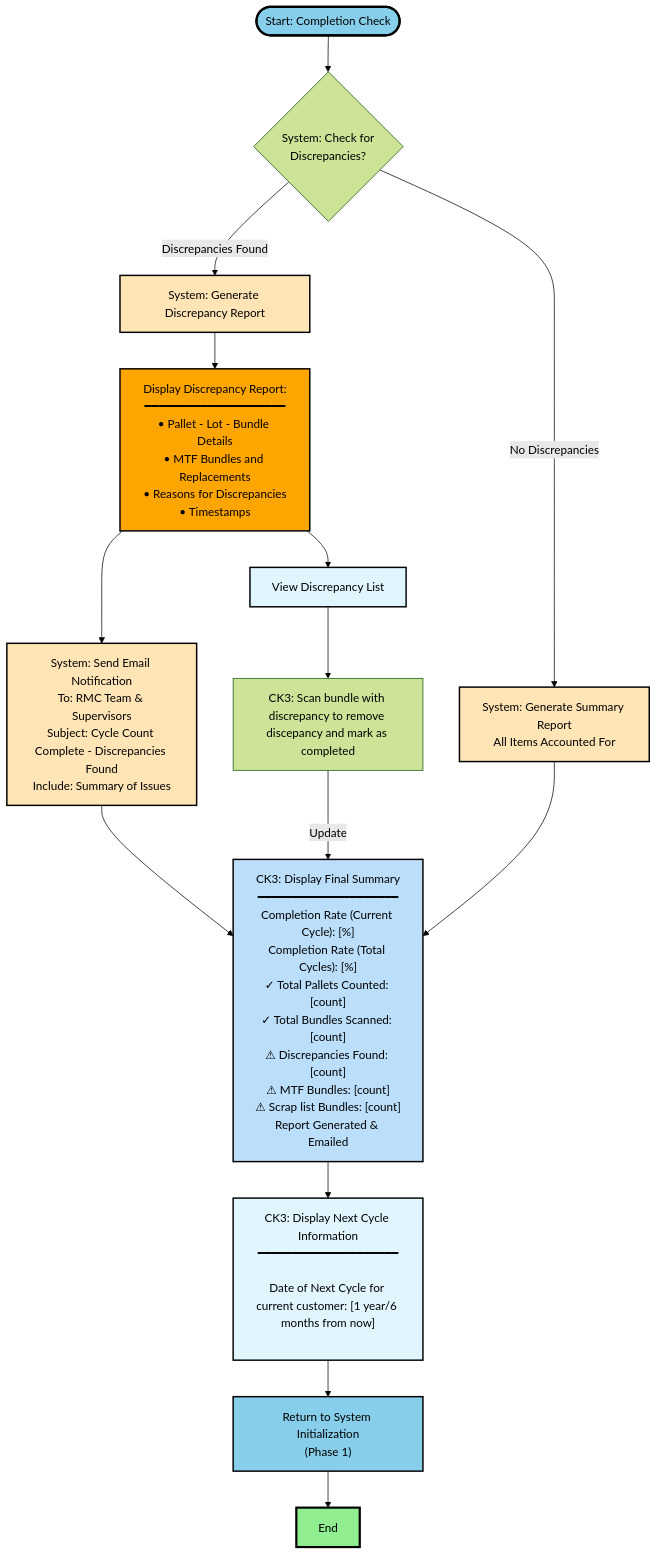
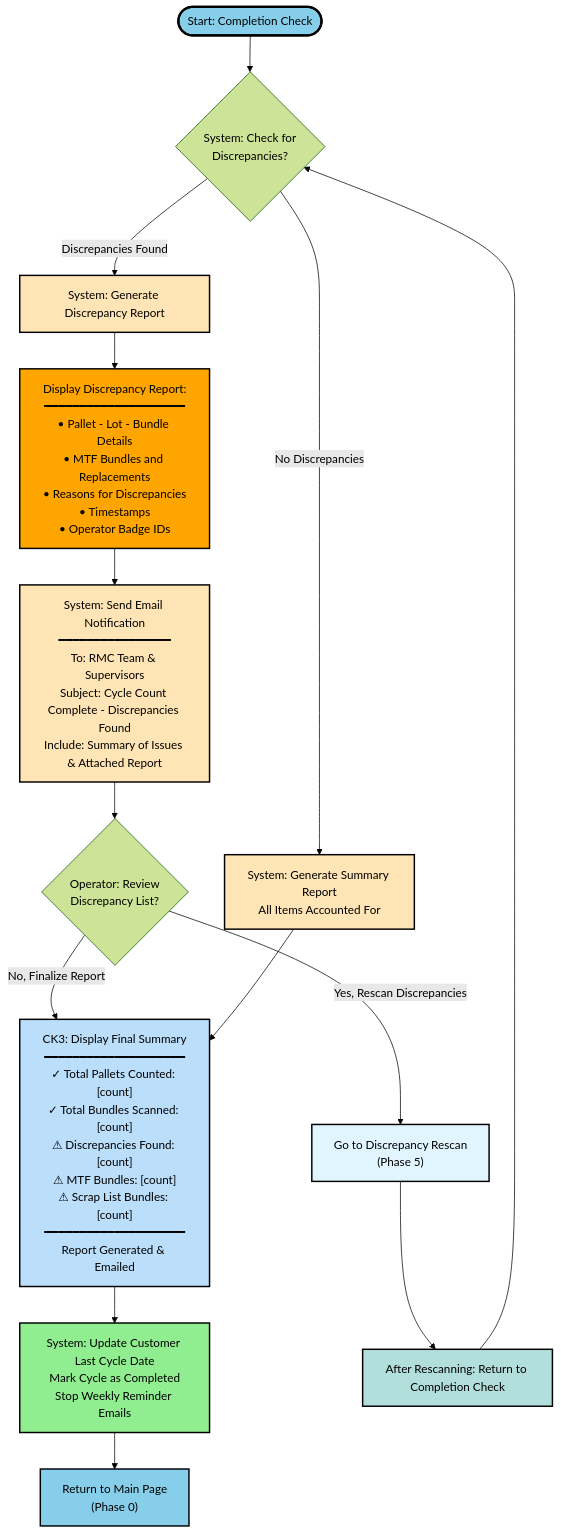
One commit to kohjs/RMC-Cycle-Count changed the seventh of 8 diagrams in workflow.md. Above: the diagram before and after it, drawn with Mermaid (forest theme). The commit also changed other lines of this file, not shown here.

````diff
--- a/workflow.md
+++ b/workflow.md
@@ -164,31 +254,30 @@
 ```mermaid
 flowchart TD
     Start(["Start: Completion Check"]) --> DC1{"System: Check for<br>Discrepancies?"}
-    DC1 -- Discrepancies Found --> DC2["System: Generate Discrepancy Report"]
-    DC2 --> DC3["Display Discrepancy Report:<br>━━━━━━━━━━━━━━━━━━━━<br>• Pallet - Lot - Bundle Details<br>• MTF Bundles and Replacements<br>• Reasons for Discrepancies<br>• Timestamps"]
-    DC3 --> DC4["System: Send Email Notification<br>To: RMC Team &amp; Supervisors<br>Subject: Cycle Count Complete - Discrepancies Found<br>Include: Summary of Issues"] & n1["View Discrepancy List"]
-    DC4 --> DC5["CK3: Display Final Summary<br>━━━━━━━━━━━━━━━━━━━━<br>Completion Rate (Current Cycle): [%]<br>Completion Rate (Total Cycles): [%]<br>✓ Total Pallets Counted: [count]<br>✓ Total Bundles Scanned: [count]<br>⚠ Discrepancies Found: [count]<br>⚠ MTF Bundles: [count]<br>⚠ Scrap list Bundles: [count]<br>Report Generated &amp; Emailed"]
-    DC1 -- No Discrepancies --> ND1["System: Generate Summary Report<br>All Items Accounted For"]
-    NEXT2["CK3: Display Next Cycle Information<br>━━━━━━━━━━━━━━━━━━━━<br><br>Date of Next Cycle for current customer: [1 year/6 months from now]<br><br>"] --> Restart["Return to System Initialization<br>(Phase 1)"]
+    DC1 -- "Discrepancies Found" --> DC2["System: Generate Discrepancy Report"]
+    DC2 --> DC3["Display Discrepancy Report:<br>━━━━━━━━━━━━━━━━━━━━<br>• Pallet - Lot - Bundle Details<br>• MTF Bundles and Replacements<br>• Reasons for Discrepancies<br>• Timestamps<br>• Operator Badge IDs"]
+    DC3 --> DC4["System: Send Email Notification<br>━━━━━━━━━━━━━━━━<br>To: RMC Team &amp; Supervisors<br>Subject: Cycle Count Complete - Discrepancies Found<br>Include: Summary of Issues &amp; Attached Report"]
+    DC4 --> n1{"Operator: Review<br>Discrepancy List?"}
+    n1 -- "Yes, Rescan Discrepancies" --> n2["Go to Discrepancy Rescan<br>(Phase 5)"]
+    n1 -- "No, Finalize Report" --> DC5["CK3: Display Final Summary<br>━━━━━━━━━━━━━━━━━━━━<br>✓ Total Pallets Counted: [count]<br>✓ Total Bundles Scanned: [count]<br>⚠ Discrepancies Found: [count]<br>⚠ MTF Bundles: [count]<br>⚠ Scrap List Bundles: [count]<br>━━━━━━━━━━━━━━━━━━━━<br>Report Generated &amp; Emailed"]
+    DC1 -- "No Discrepancies" --> ND1["System: Generate Summary Report<br>All Items Accounted For"]
     ND1 --> DC5
-    DC5 --> NEXT2
-    n1 --> n2["CK3: Scan bundle with discrepancy to remove discepancy and mark as completed"]
-    Restart --> n3["End"]
-    n2 -- Update --> DC5
+    DC5 --> NEXT2["System: Update Customer Last Cycle Date<br>Mark Cycle as Completed<br>Stop Weekly Reminder Emails"]
+    NEXT2 --> Restart["Return to Main Page<br>(Phase 0)"]
+    n2 --> n3["After Rescanning: Return to Completion Check"]
+    n3 --> DC1
 
     style Start fill:#87CEEB,stroke:#000,stroke-width:3px,color:#000
     style DC1 color:#000
     style DC2 fill:#FFE4B5,stroke:#000,stroke-width:2px,color:#000
     style DC3 fill:#FFA500,stroke:#000,stroke-width:2px,color:#000
     style DC4 fill:#FFE4B5,stroke:#000,stroke-width:2px,color:#000
-    style n1 fill:#E1F5FE,stroke:#000,stroke-width:2px,color:#000
+    style n1 color:#000
+    style n2 fill:#E1F5FE,stroke:#000,stroke-width:2px,color:#000
+    style n3 fill:#B2DFDB,stroke:#000,stroke-width:2px,color:#000
     style DC5 fill:#BBDEFB,stroke:#000,stroke-width:2px,color:#000
     style ND1 fill:#FFE4B5,stroke:#000,stroke-width:2px,color:#000
-    style NEXT2 fill:#E1F5FE,stroke:#000,stroke-width:2px,color:#000
+    style NEXT2 fill:#90EE90,stroke:#000,stroke-width:2px,color:#000
     style Restart fill:#87CEEB,stroke:#000,stroke-width:2px,color:#000
-    style n2 color:#000
-    style n3 fill:#90EE90,stroke:#000,stroke-width:3px,color:#000
-
-
 
 ```
````
